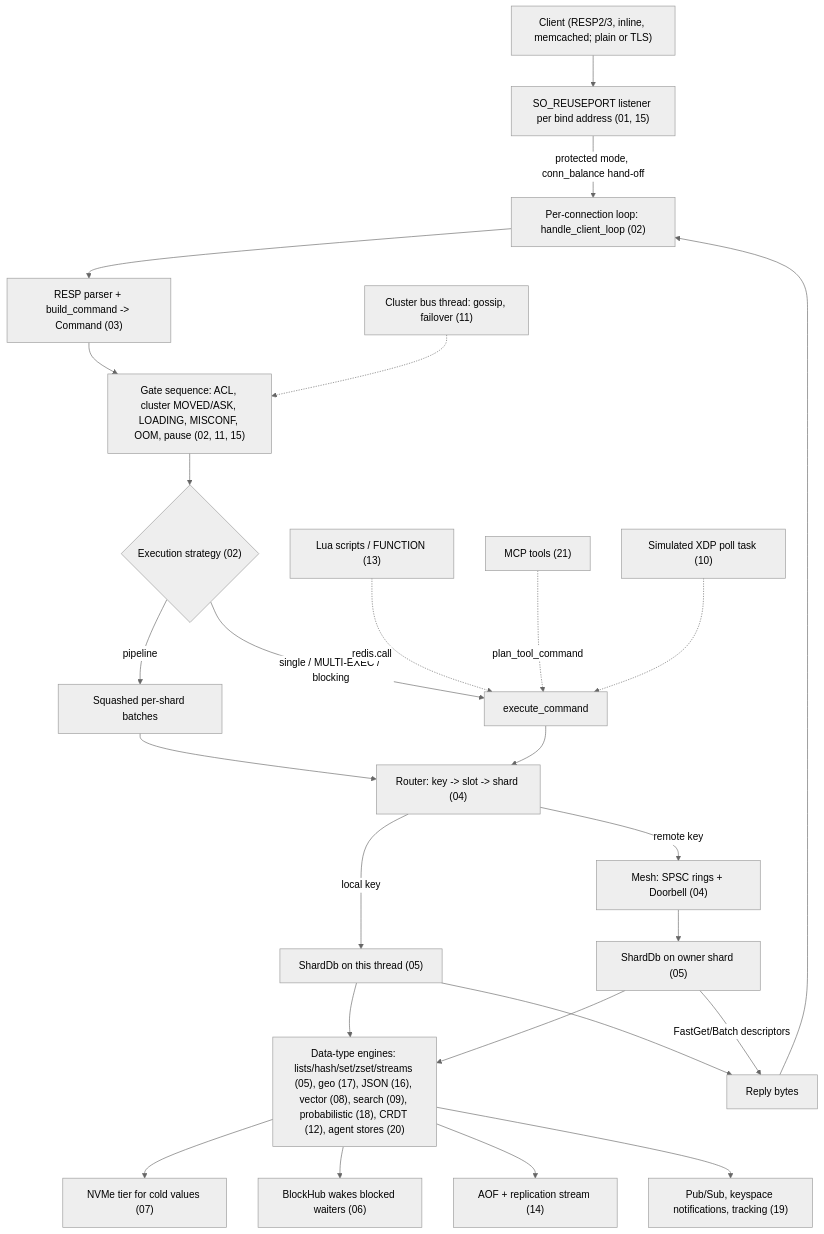
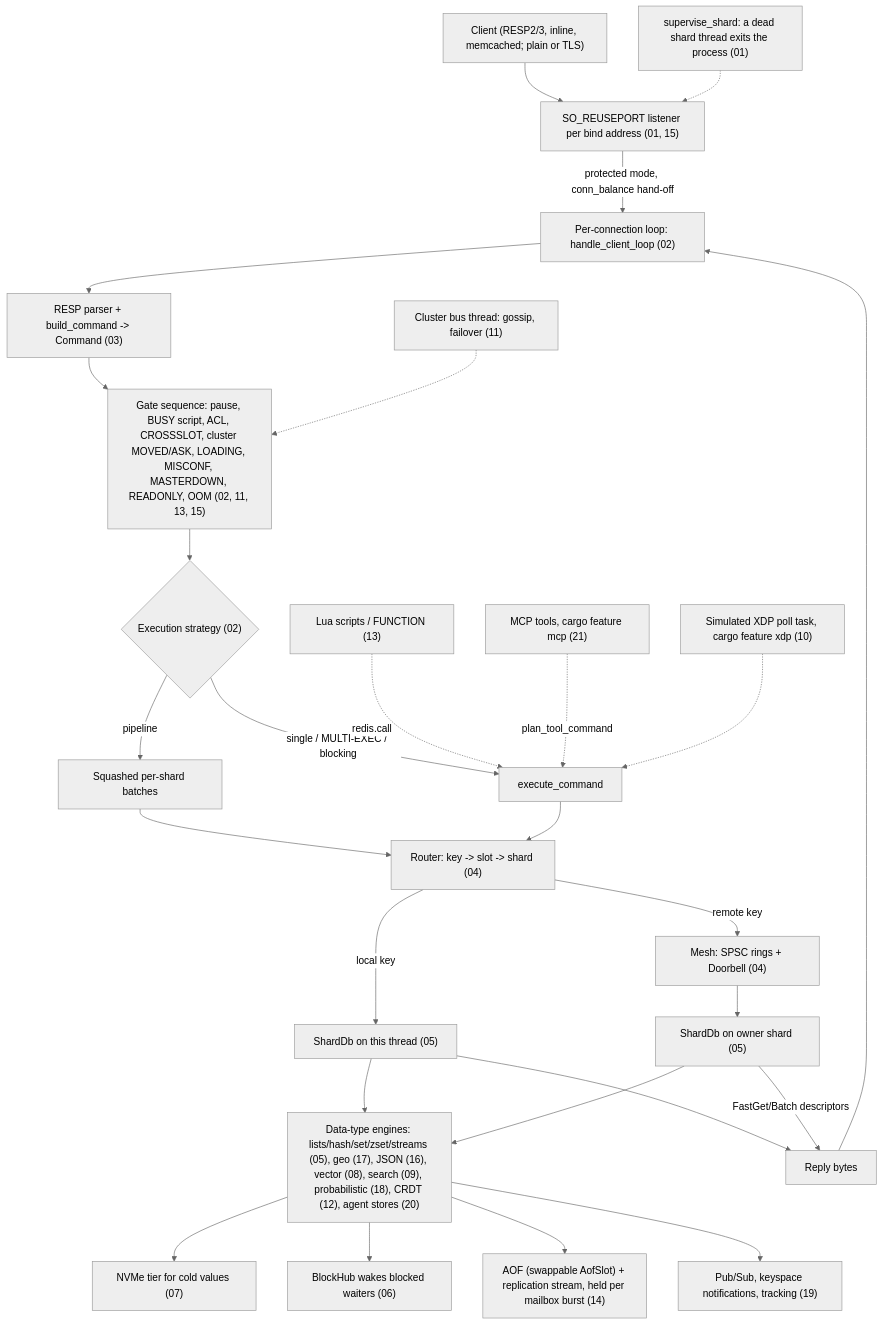
One commit to warrenzhu25/rudis changed the diagram in docs/internal/components.md. Above: the diagram before and after it, drawn with Mermaid (neutral theme). The commit also changed other lines of this file and 18 other files, not shown here.

````diff
--- a/docs/internal/components.md
+++ b/docs/internal/components.md
@@ -22,28 +22,29 @@
 ```mermaid
 flowchart TD
     C["Client (RESP2/3, inline, memcached; plain or TLS)"] --> L["SO_REUSEPORT listener per bind address (01, 15)"]
     L -->|"protected mode, conn_balance hand-off"| CL["Per-connection loop: handle_client_loop (02)"]
     CL --> P["RESP parser + build_command -> Command (03)"]
-    P --> G["Gate sequence: ACL, cluster MOVED/ASK, LOADING, MISCONF, OOM, pause (02, 11, 15)"]
+    P --> G["Gate sequence: pause, BUSY script, ACL, CROSSSLOT, cluster MOVED/ASK, LOADING, MISCONF, MASTERDOWN, READONLY, OOM (02, 11, 13, 15)"]
     G --> X{"Execution strategy (02)"}
     X -->|"pipeline"| SQ["Squashed per-shard batches"]
     X -->|"single / MULTI-EXEC / blocking"| EC["execute_command"]
     SQ --> R["Router: key -> slot -> shard (04)"]
     EC --> R
     R -->|"local key"| DB["ShardDb on this thread (05)"]
     R -->|"remote key"| M["Mesh: SPSC rings + Doorbell (04)"]
     M --> RDB["ShardDb on owner shard (05)"]
     DB --> EXT["Data-type engines: lists/hash/set/zset/streams (05), geo (17), JSON (16), vector (08), search (09), probabilistic (18), CRDT (12), agent stores (20)"]
     RDB --> EXT
     EXT --> T["NVMe tier for cold values (07)"]
     EXT --> BH["BlockHub wakes blocked waiters (06)"]
-    EXT --> PR["AOF + replication stream (14)"]
+    EXT --> PR["AOF (swappable AofSlot) + replication stream, held per mailbox burst (14)"]
     EXT --> PS["Pub/Sub, keyspace notifications, tracking (19)"]
     DB --> RP["Reply bytes"]
     RDB -->|"FastGet/Batch descriptors"| RP
     RP --> CL
     LUA["Lua scripts / FUNCTION (13)"] -.->|"redis.call"| EC
-    MCP["MCP tools (21)"] -.->|"plan_tool_command"| EC
+    MCP["MCP tools, cargo feature mcp (21)"] -.->|"plan_tool_command"| EC
     CB["Cluster bus thread: gossip, failover (11)"] -.-> G
-    XDP["Simulated XDP poll task (10)"] -.-> EC
+    XDP["Simulated XDP poll task, cargo feature xdp (10)"] -.-> EC
+    SUP["supervise_shard: a dead shard thread exits the process (01)"] -.-> L
 ```
````
